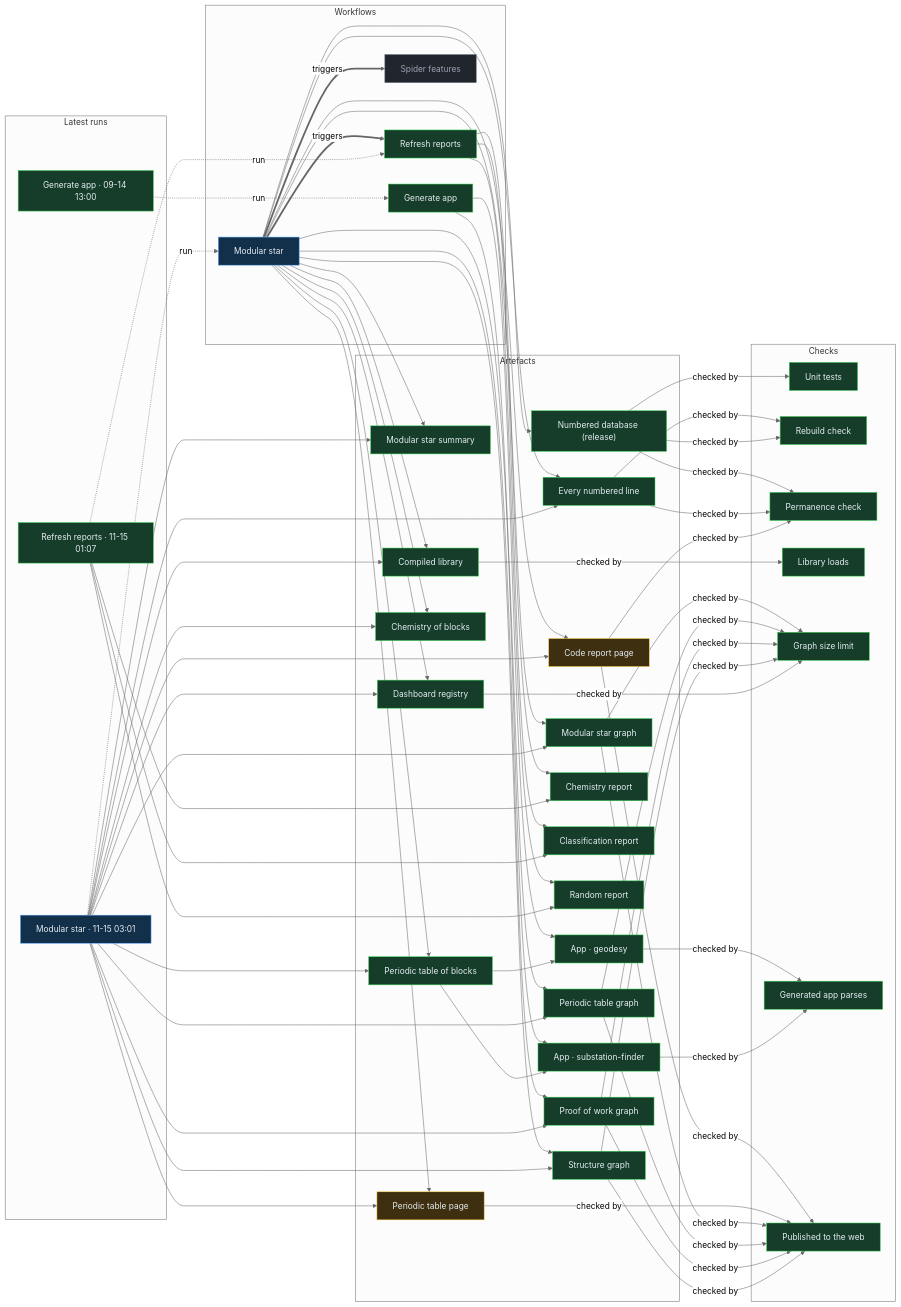
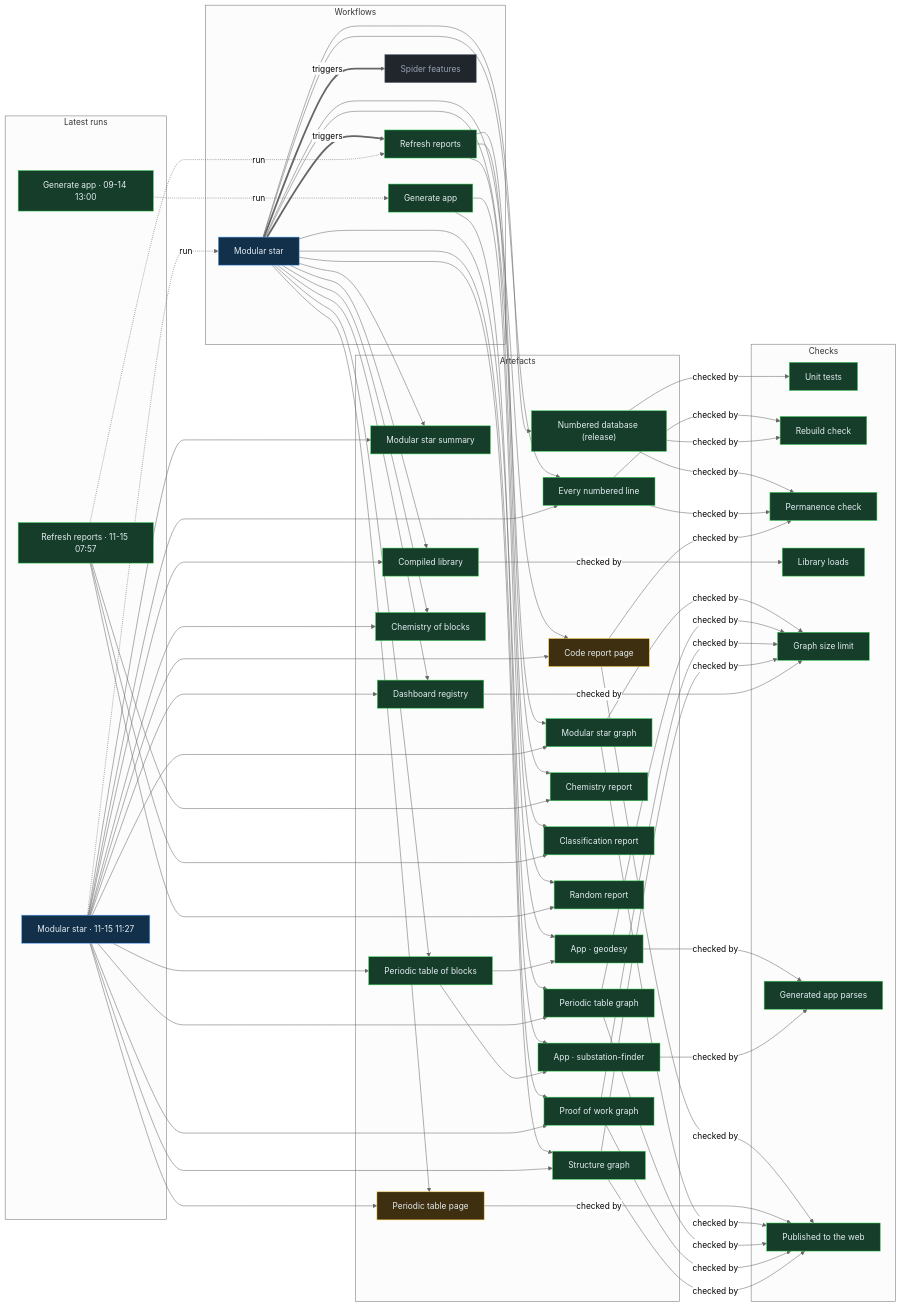
Before and after one commit to Ventusltd/stars: the diagram in proof/PROOF.md, drawn with Mermaid (neutral theme). The commit also changed other lines of this file and 151 other files, not shown here.

Commit message:
Modular star 2026-11-15T11:29Z

```diff
--- a/proof/PROOF.md
+++ b/proof/PROOF.md
@@ -24,8 +24,8 @@
   n_wf_spider_features["Spider features"]:::off
   end
   subgraph g_runs["Latest runs"]
-  n_run_43670440907["Modular star · 11-15 03:01"]:::live
-  n_run_43661583339["Refresh reports · 11-15 01:07"]:::ok
+  n_run_43708978371["Modular star · 11-15 11:27"]:::live
+  n_run_43692264038["Refresh reports · 11-15 07:57"]:::ok
   n_run_34846587798["Generate app · 09-14 13:00"]:::ok
   end
   subgraph g_artefacts["Artefacts"]
@@ -59,39 +59,39 @@
   end
   n_wf_modular_star == triggers ==> n_wf_refresh
   n_wf_modular_star == triggers ==> n_wf_spider_features
-  n_run_43670440907 -. run .-> n_wf_modular_star
-  n_run_43661583339 -. run .-> n_wf_refresh
+  n_run_43708978371 -. run .-> n_wf_modular_star
+  n_run_43692264038 -. run .-> n_wf_refresh
   n_run_34846587798 -. run .-> n_wf_generate
   n_wf_modular_star --> n_art_summary
-  n_run_43670440907 --> n_art_summary
+  n_run_43708978371 --> n_art_summary
   n_wf_modular_star --> n_art_lines
-  n_run_43670440907 --> n_art_lines
+  n_run_43708978371 --> n_art_lines
   n_wf_modular_star --> n_art_code
-  n_run_43670440907 --> n_art_code
+  n_run_43708978371 --> n_art_code
   n_wf_modular_star --> n_art_modular_graph
-  n_run_43670440907 --> n_art_modular_graph
+  n_run_43708978371 --> n_art_modular_graph
   n_wf_modular_star --> n_art_blocks
-  n_run_43670440907 --> n_art_blocks
+  n_run_43708978371 --> n_art_blocks
   n_wf_modular_star --> n_art_table
-  n_run_43670440907 --> n_art_table
+  n_run_43708978371 --> n_art_table
   n_wf_modular_star --> n_art_blocks_graph
-  n_run_43670440907 --> n_art_blocks_graph
+  n_run_43708978371 --> n_art_blocks_graph
   n_wf_modular_star --> n_art_reactions
-  n_run_43670440907 --> n_art_reactions
+  n_run_43708978371 --> n_art_reactions
   n_wf_modular_star --> n_art_library
-  n_run_43670440907 --> n_art_library
+  n_run_43708978371 --> n_art_library
   n_wf_modular_star --> n_art_features
-  n_run_43670440907 --> n_art_features
+  n_run_43708978371 --> n_art_features
   n_wf_modular_star --> n_art_proof
-  n_run_43670440907 --> n_art_proof
+  n_run_43708978371 --> n_art_proof
   n_wf_modular_star --> n_art_structure
-  n_run_43670440907 --> n_art_structure
+  n_run_43708978371 --> n_art_structure
   n_wf_refresh --> n_art_chemistry
-  n_run_43661583339 --> n_art_chemistry
+  n_run_43692264038 --> n_art_chemistry
   n_wf_refresh --> n_art_vedic
-  n_run_43661583339 --> n_art_vedic
+  n_run_43692264038 --> n_art_vedic
   n_wf_refresh --> n_art_random
-  n_run_43661583339 --> n_art_random
+  n_run_43692264038 --> n_art_random
   n_wf_modular_star --> n_art_release
   n_wf_generate --> n_app_geodesy
   n_art_blocks --> n_app_geodesy
```
